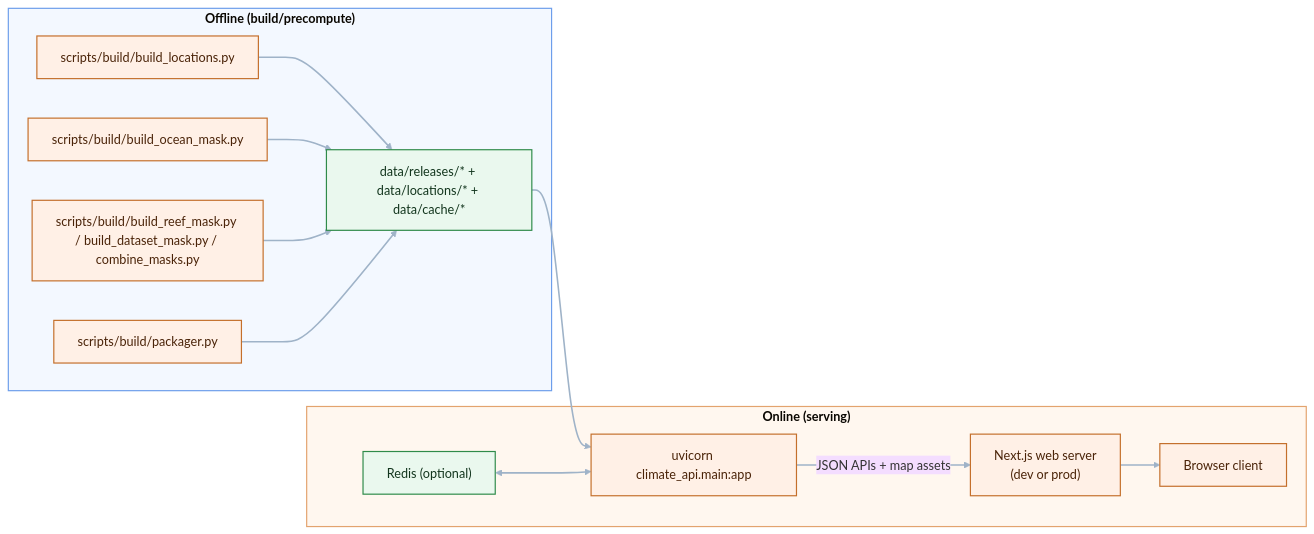
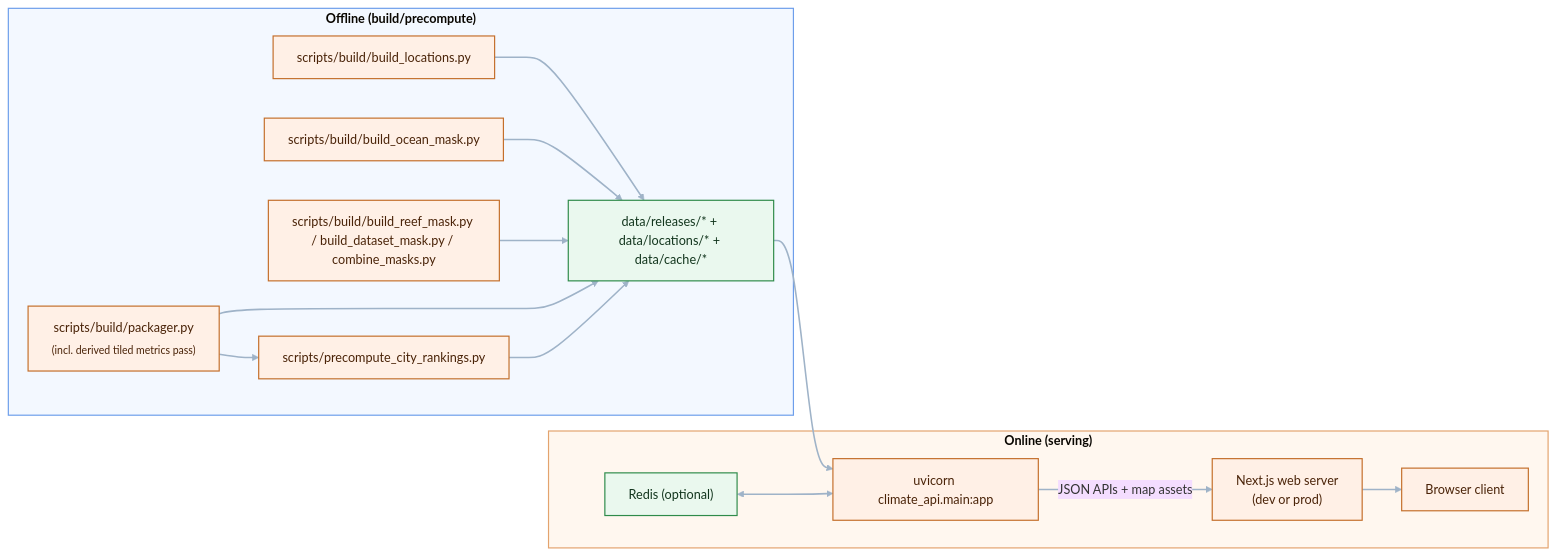
Before and after one commit to climate-you/climate: the fourth of 4 diagrams in docs/project_pipeline_diagrams.md, drawn with Mermaid. The commit also changed other lines of this file and 14 other files, not shown here.

First line of the commit message:
Add precomputed city rankings and derived climate metrics for fast find_extreme_location queries

````diff
--- a/docs/project_pipeline_diagrams.md
+++ b/docs/project_pipeline_diagrams.md
@@ -146,39 +149,42 @@
 ```mermaid
 %%{init: {'theme':'base','themeCSS': '.cluster-label text {font-size: 30px !important; font-weight: 800 !important; fill: #E5EDF7 !important;}'} }%%
 flowchart LR
   subgraph OFF["<b>Offline (build/precompute)</b>"]
     B1["scripts/build/build_locations.py"]
     B2["scripts/build/build_ocean_mask.py"]
     B3["scripts/build/build_reef_mask.py / build_dataset_mask.py / combine_masks.py"]
-    B4["scripts/build/packager.py"]
+    B4["scripts/build/packager.py<br/><sub>(incl. derived tiled metrics pass)</sub>"]
+    B5["scripts/precompute_city_rankings.py"]
     STORE["data/releases/* + data/locations/* + data/cache/*"]
   end
 
   subgraph ON["<b>Online (serving)</b>"]
     U["uvicorn climate_api.main:app"]
     RC["Redis (optional)"]
     N["Next.js web server<br/>(dev or prod)"]
     C["Browser client"]
   end
 
   B1 --> STORE
   B2 --> STORE
   B3 --> STORE
+  B4 --> B5
   B4 --> STORE
+  B5 --> STORE
 
   STORE --> U
   RC <--> U
   U -->|"JSON APIs + map assets"| N
   N --> C
 
   classDef data fill:#EAF8EE,stroke:#2F8B4A,color:#12351D,stroke-width:1.5px;
   classDef app fill:#FFF0E6,stroke:#C46F2B,color:#4A2308,stroke-width:1.5px;
 
   class STORE,RC data;
-  class B1,B2,B3,B4,U,N,C app;
+  class B1,B2,B3,B4,B5,U,N,C app;
 
   style OFF fill:#F3F8FF,stroke:#6D9EEB,stroke-width:1.5px;
   style ON fill:#FFF7EF,stroke:#E3A36E,stroke-width:1.5px;
 
   linkStyle default stroke:#9FB3C8,stroke-width:2px;
 ```
````
